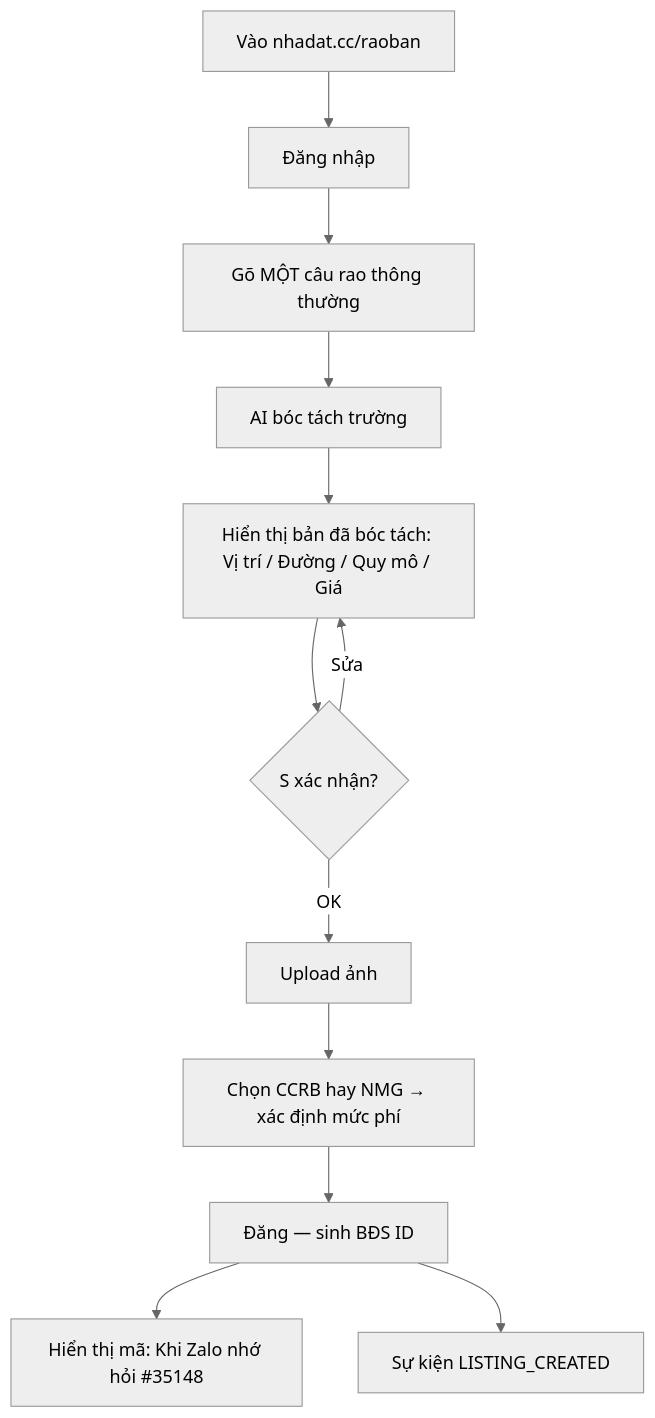
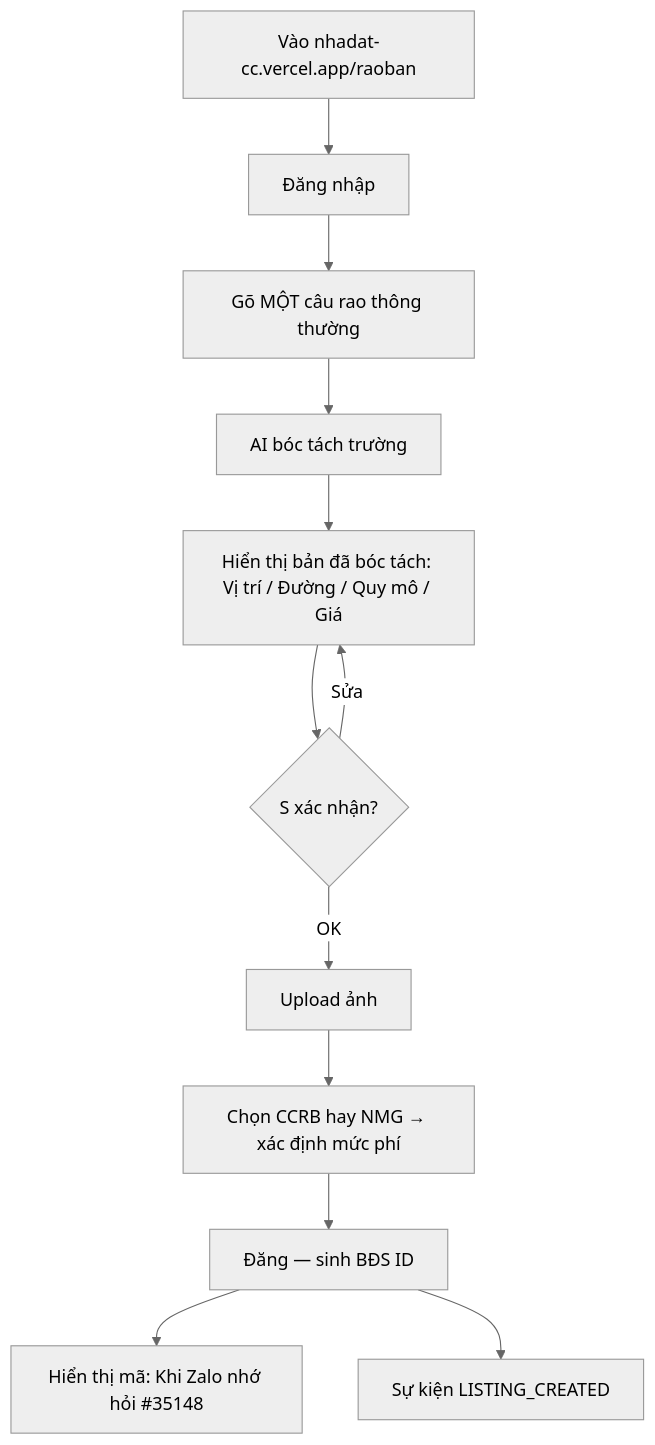
The sixth of 8 diagrams in docs/03-user-flows.md (quang507/Nhadat.cc), drawn with Mermaid (neutral theme) before and after one commit. The commit also changed other lines of this file and 6 other files, not shown here.

Commit message:
docs: cap nhat tat ca tai lieu va SITE_URL ve https://nhadat-cc.vercel.app/

````diff
--- a/docs/03-user-flows.md
+++ b/docs/03-user-flows.md
@@ -218,14 +218,14 @@
 ```mermaid
 flowchart TD
-    A["Vào nhadat.cc/raoban"] --> B[Đăng nhập]
+    A["Vào nhadat-cc.vercel.app/raoban"] --> B[Đăng nhập]
     B --> C["Gõ MỘT câu rao thông thường"]
     C --> D[AI bóc tách trường]
     D --> E["Hiển thị bản đã bóc tách: Vị trí / Đường / Quy mô / Giá"]
     E --> F{S xác nhận?}
     F -->|Sửa| E
     F -->|OK| G[Upload ảnh]
     G --> H[Chọn CCRB hay NMG → xác định mức phí]
     H --> I[Đăng — sinh BĐS ID]
     I --> J["Hiển thị mã: Khi Zalo nhớ hỏi #35148"]
     I --> K[Sự kiện LISTING_CREATED]
 ```
````
